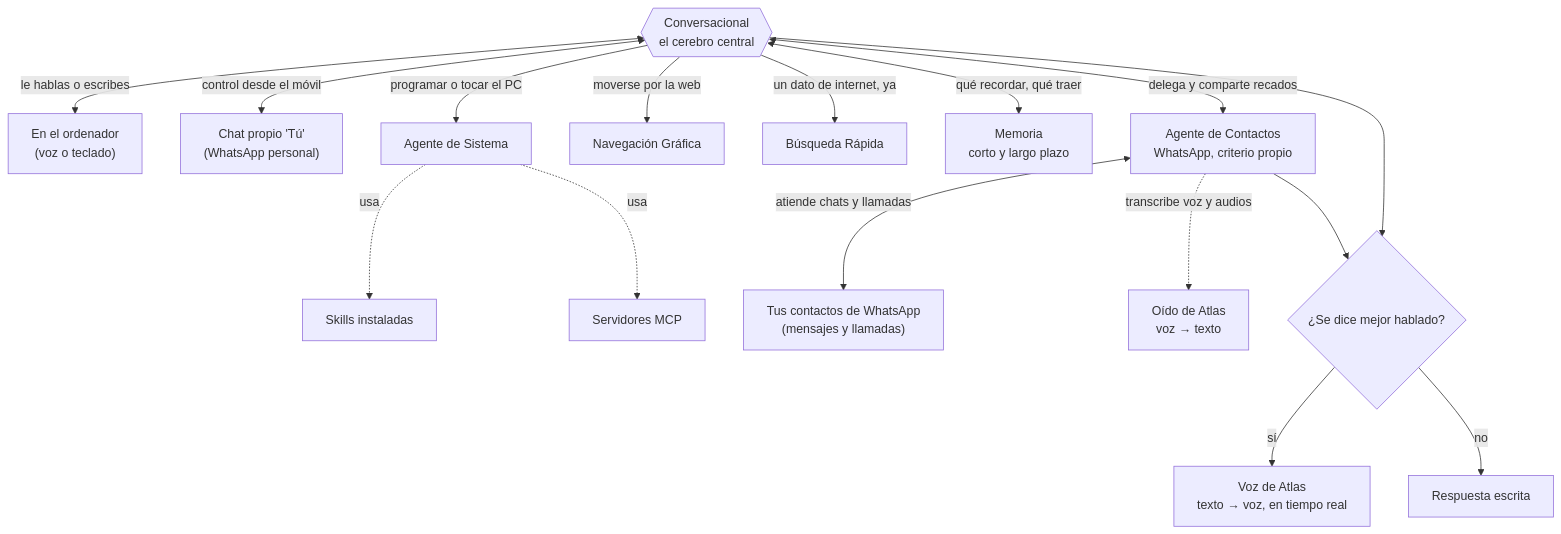
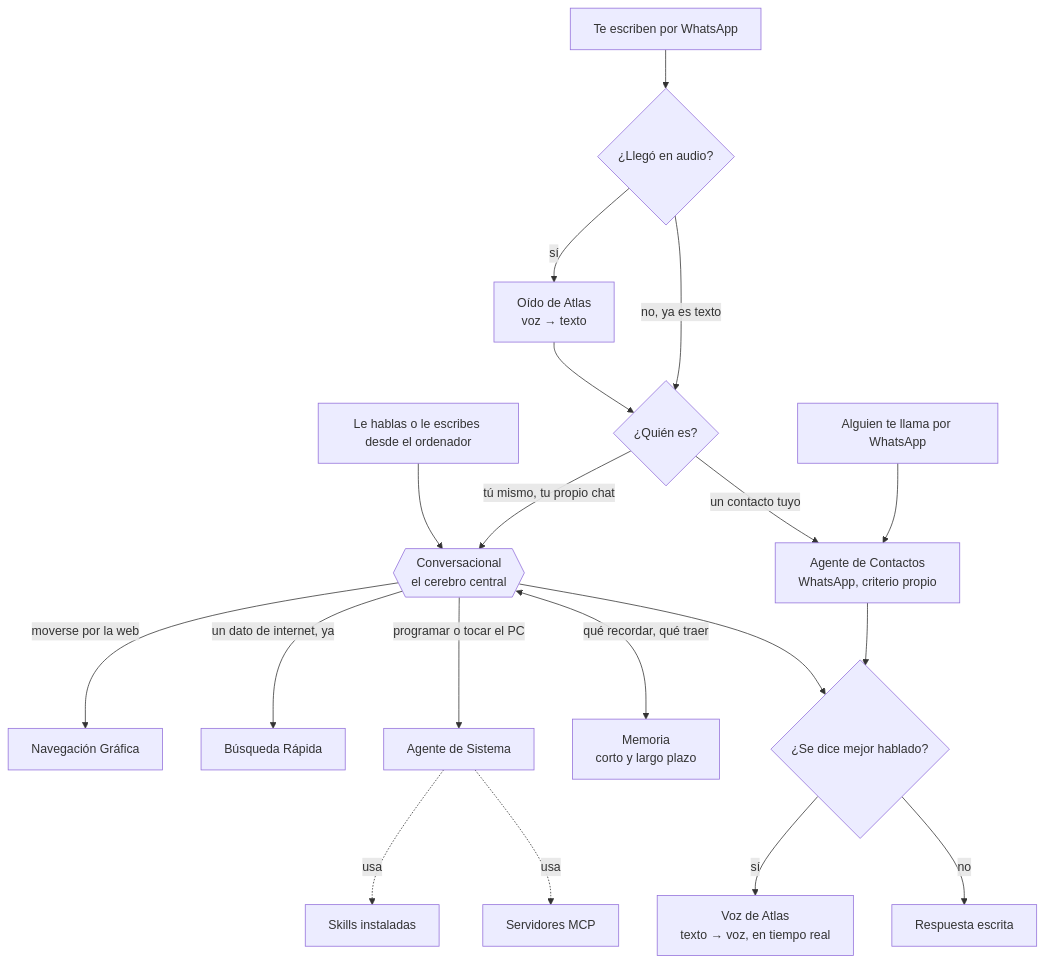
Before and after one commit to sharith45/atlas-Assistant: the diagram in README.md, drawn with Mermaid. The commit also changed other lines of this file, not shown here.

Commit message:
Repara el diagrama roto y acorta el titulo de la seccion MCP
El diagrama dejaba de renderizar en GitHub ("Cannot read properties
of undefined") tras la edicion remota anterior -- se vuelve a la
version simple ya verificada, que si renderiza. El titulo de la
seccion pasa de "Se conecta a herramientas externas (MCP)" a
simplemente "MCP".

````diff
--- a/README.md
+++ b/README.md
@@ -178,28 +178,26 @@
 ```mermaid
 flowchart TD
-    CONV{{" Conversacional<br/>el cerebro central"}}
+    CONV{{"Conversacional<br/>el cerebro central"}}
+    U1["Le hablas o le escribes desde el ordenador"] --> CONV
 
-    %% CANALES DEL USUARIO (TÚ)
-    CONV <-->|"le hablas o escribes"| U1[" En el ordenador<br/>(voz o teclado)"]
-    CONV <-->|"control desde el móvil"| U2[" Chat propio 'Tú'<br/>(WhatsApp personal)"]
-
-    %% AGENTES Y HERRAMIENTAS QUE ORQUESTA
-    CONV -->|"programar o tocar el PC"| SIS["Agente de Sistema"]
     CONV -->|"moverse por la web"| NAV["Navegación Gráfica"]
     CONV -->|"un dato de internet, ya"| BUS["Búsqueda Rápida"]
+    CONV -->|"programar o tocar el PC"| SIS["Agente de Sistema"]
     CONV <-->|"qué recordar, qué traer"| MEM["Memoria<br/>corto y largo plazo"]
 
     SIS -.->|"usa"| SKI["Skills instaladas"]
     SIS -.->|"usa"| MCP["Servidores MCP"]
 
-    %% ATENCIÓN EXTERNA DE CONTACTOS (AUTÓNOMA)
-    CONV <-->|"delega y comparte recados"| WAAG["Agente de Contactos<br/>WhatsApp, criterio propio"]
-    WAAG <-->|"atiende chats y llamadas"| W_EXT["Tus contactos de WhatsApp<br/>(mensajes y llamadas)"]
-    WAAG -.->|"transcribe voz y audios"| OIDO["Oído de Atlas<br/>voz → texto"]
+    U2["Te escriben por WhatsApp"] --> W2{"¿Llegó en audio?"}
+    W2 -->|"sí"| OIDO["Oído de Atlas<br/>voz → texto"]
+    W2 -->|"no, ya es texto"| W3
+    OIDO --> W3{"¿Quién es?"}
+    LLAM["Alguien te llama por WhatsApp"] --> WAAG
+    W3 -->|"tú mismo, tu propio chat"| CONV
+    W3 -->|"un contacto tuyo"| WAAG["Agente de Contactos<br/>WhatsApp, criterio propio"]
 
-    %% SALIDAS DEL SISTEMA
     CONV --> SALIDA{"¿Se dice mejor hablado?"}
     WAAG --> SALIDA
-    SALIDA -->|"sí"| VOZ[" Voz de Atlas<br/>texto → voz, en tiempo real"]
-    SALIDA -->|"no"| TXT[" Respuesta escrita"]
+    SALIDA -->|"sí"| VOZ["Voz de Atlas<br/>texto → voz, en tiempo real"]
+    SALIDA -->|"no"| TXT["Respuesta escrita"]
 ```
````
